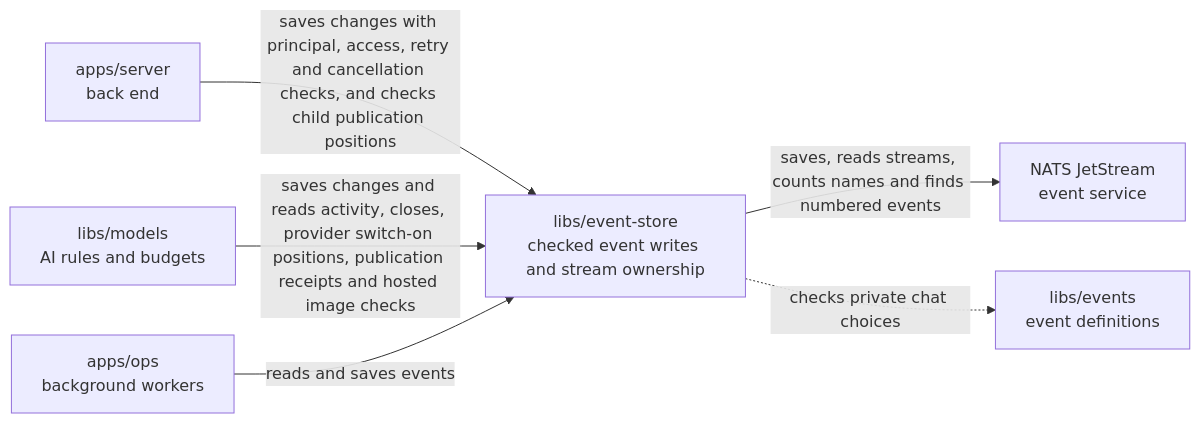
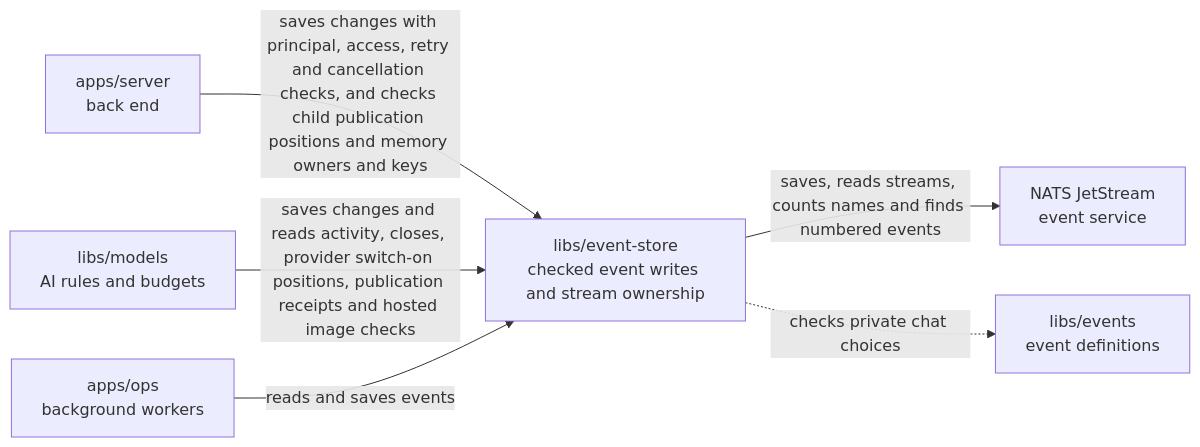
One commit to elewa-git/opencrane-new changed the diagram in libs/event-store/README.md. Above: the diagram before and after it, drawn with Mermaid. The commit also changed other lines of this file and 5 other files, not shown here.

Commit message:
🛡️ Validate memory correction ownership and keys before saving

````diff
--- a/libs/event-store/README.md
+++ b/libs/event-store/README.md
@@ -22,8 +22,8 @@
 ```mermaid
 flowchart LR
-  server["apps/server<br/>back end"] -->|saves changes with principal, access, retry and cancellation checks, and checks child publication positions| store["libs/event-store<br/>checked event writes and stream ownership"]
+  server["apps/server<br/>back end"] -->|saves changes with principal, access, retry and cancellation checks, and checks child publication positions and memory owners and keys| store["libs/event-store<br/>checked event writes and stream ownership"]
   models["libs/models<br/>AI rules and budgets"] -->|saves changes and reads activity, closes, provider switch-on positions, publication receipts and hosted image checks| store
   ops["apps/ops<br/>background workers"] -->|reads and saves events| store
   store -->|saves, reads streams, counts names and finds numbered events| nats["NATS JetStream<br/>event service"]
   store -.->|checks private chat choices| events["libs/events<br/>event definitions"]
 ```
````
